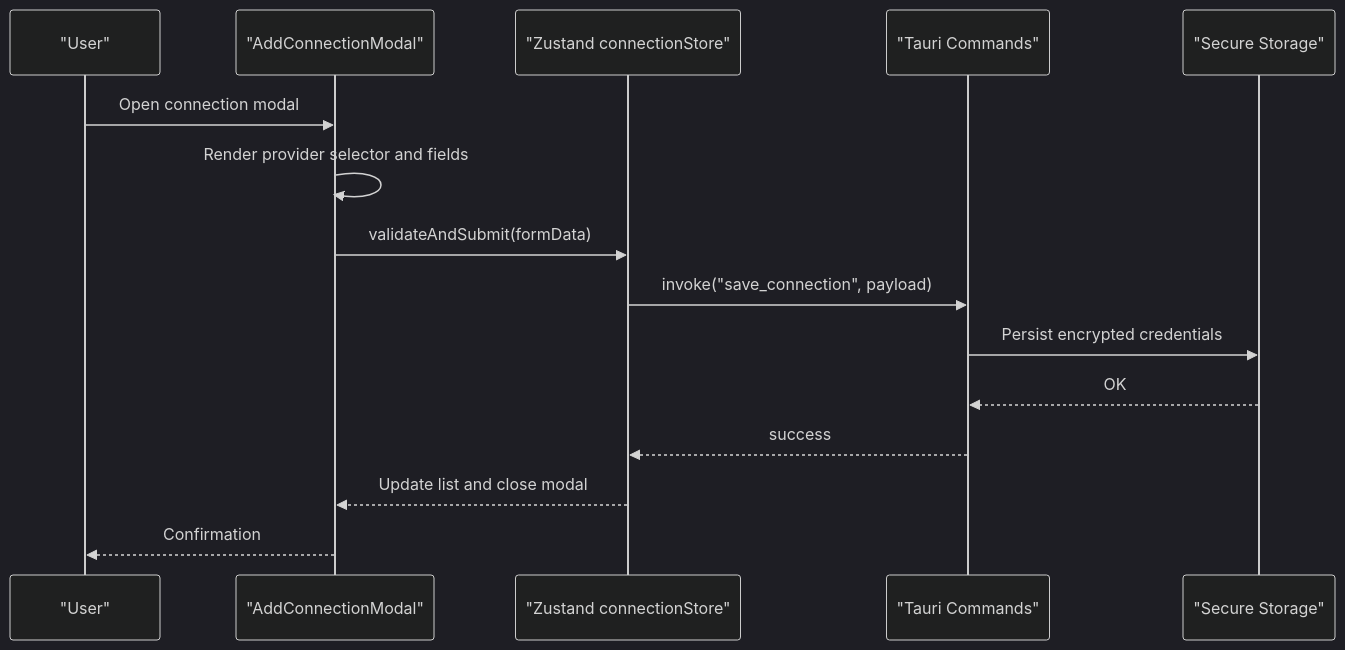
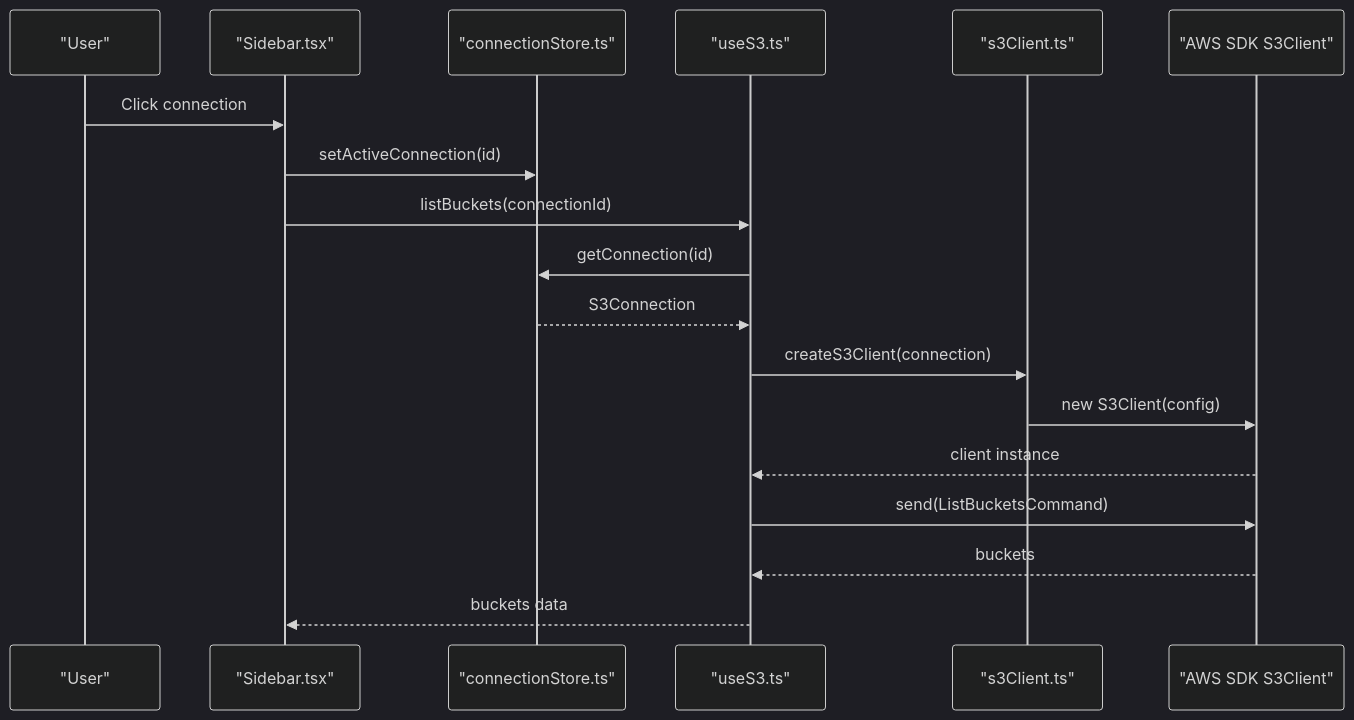
The second of 6 diagrams in .qoder/repowiki/en/content/Core Features/Connection Management.md (nasrulhadi/s3-explorer), drawn with Mermaid (dark theme) before and after one commit. The commit also changed other lines of this file and 46 other files, not shown here.

````diff
--- a/.qoder/repowiki/en/content/Core Features/Connection Management.md
+++ b/.qoder/repowiki/en/content/Core Features/Connection Management.md
@@ -89,17 +116,20 @@
 ```mermaid
 sequenceDiagram
 participant User as "User"
-participant Modal as "AddConnectionModal"
-participant Store as "Zustand connectionStore"
-participant Tauri as "Tauri Commands"
-participant Storage as "Secure Storage"
-User->>Modal : Open connection modal
-Modal->>Modal : Render provider selector and fields
-Modal->>Store : validateAndSubmit(formData)
-Store->>Tauri : invoke("save_connection", payload)
-Tauri->>Storage : Persist encrypted credentials
-Storage-->>Tauri : OK
-Tauri-->>Store : success
-Store-->>Modal : Update list and close modal
-Modal-->>User : Confirmation
+participant Sidebar as "Sidebar.tsx"
+participant ConnStore as "connectionStore.ts"
+participant UseS3 as "useS3.ts"
+participant S3Client as "s3Client.ts"
+participant S3SDK as "AWS SDK S3Client"
+User->>Sidebar : Click connection
+Sidebar->>ConnStore : setActiveConnection(id)
+Sidebar->>UseS3 : listBuckets(connectionId)
+UseS3->>ConnStore : getConnection(id)
+ConnStore-->>UseS3 : S3Connection
+UseS3->>S3Client : createS3Client(connection)
+S3Client->>S3SDK : new S3Client(config)
+S3SDK-->>UseS3 : client instance
+UseS3->>S3SDK : send(ListBucketsCommand)
+S3SDK-->>UseS3 : buckets
+UseS3-->>Sidebar : buckets data
 ```
````
